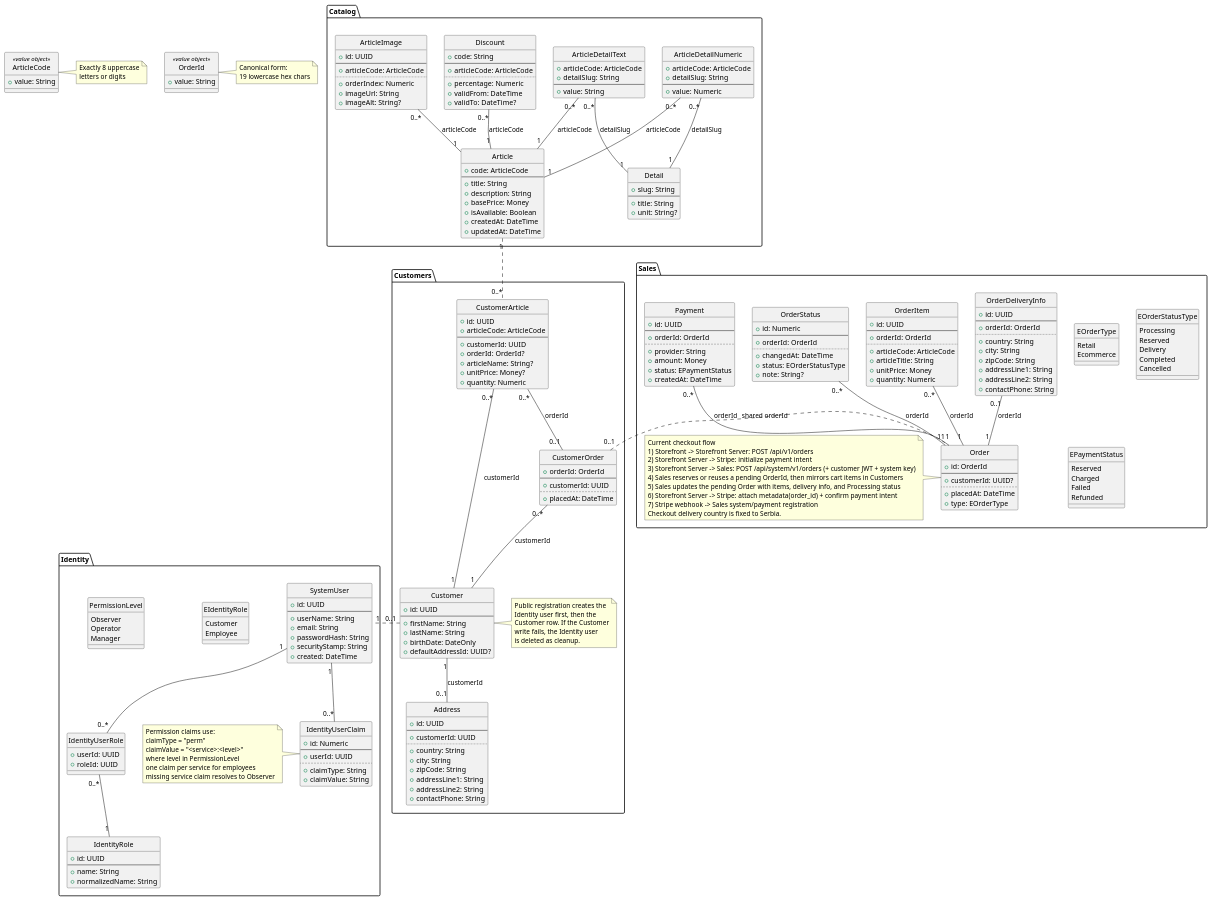
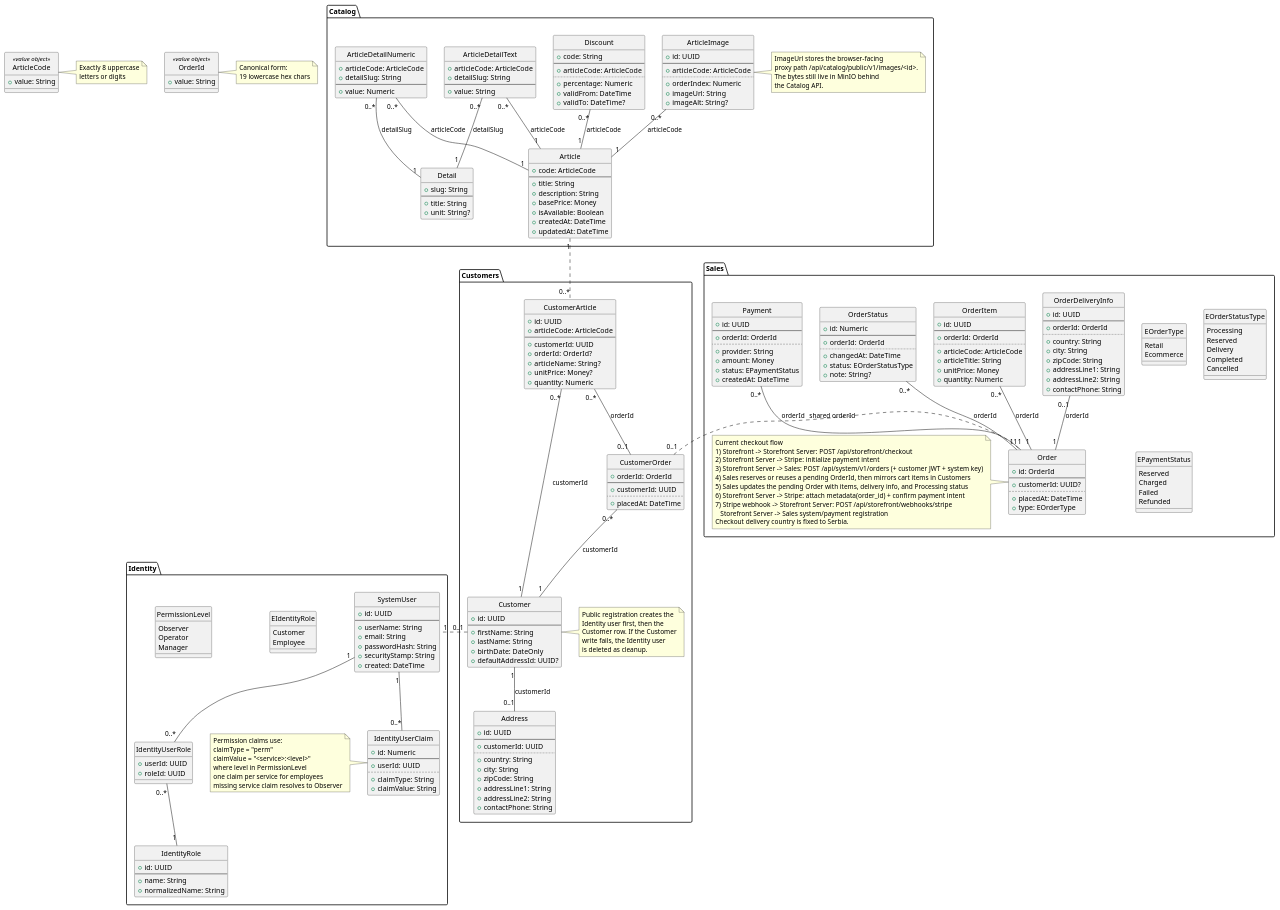
The diagram in docs/HLD Platform - Class Diagram.puml (draganovik/matterway), drawn with PlantUML before and after one commit. The commit also changed 55 other files, not shown here.

First line of the commit message:
Add Nuxt proxy, scripts, and image storage updates

```diff
--- a/docs/HLD Platform - Class Diagram.puml
+++ b/docs/HLD Platform - Class Diagram.puml
@@ -130,6 +130,13 @@
     +imageAlt: String?
   }
 
+  note right of ArticleImage
+    ImageUrl stores the browser-facing
+    proxy path /api/catalog/public/v1/images/<id>.
+    The bytes still live in MinIO behind
+    the Catalog API.
+  end note
+
   Discount "0..*" -- "1" Article : articleCode
   ArticleDetailText "0..*" -- "1" Article : articleCode
   ArticleDetailText "0..*" -- "1" Detail : detailSlug
@@ -230,13 +237,14 @@
 
   note left of Order
     Current checkout flow
-    1) Storefront -> Storefront Server: POST /api/v1/orders
+    1) Storefront -> Storefront Server: POST /api/storefront/checkout
     2) Storefront Server -> Stripe: initialize payment intent
     3) Storefront Server -> Sales: POST /api/system/v1/orders (+ customer JWT + system key)
     4) Sales reserves or reuses a pending OrderId, then mirrors cart items in Customers
     5) Sales updates the pending Order with items, delivery info, and Processing status
     6) Storefront Server -> Stripe: attach metadata(order_id) + confirm payment intent
-    7) Stripe webhook -> Sales system/payment registration
+    7) Stripe webhook -> Storefront Server: POST /api/storefront/webhooks/stripe
+       Storefront Server -> Sales system/payment registration
     Checkout delivery country is fixed to Serbia.
   end note
 
```
